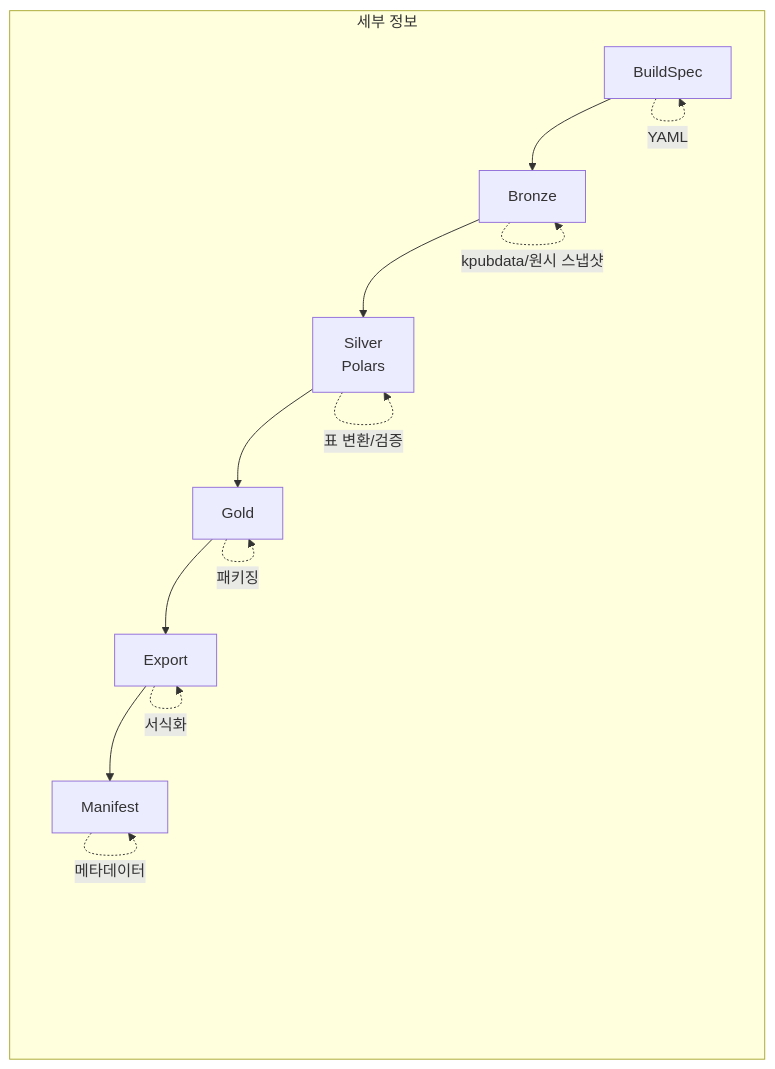
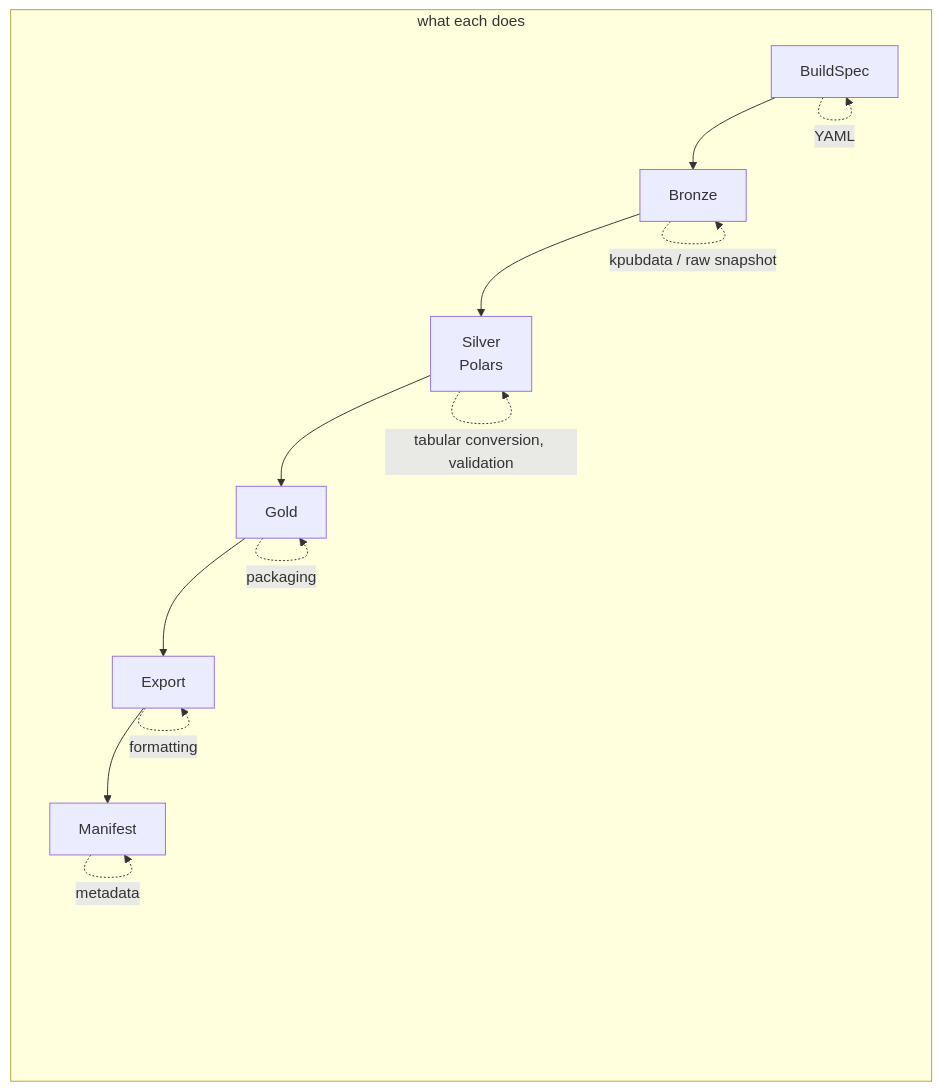
One commit to kpubdata-lab/kpubdata-builder changed the first of 3 diagrams in AGENTS.md. Above: the diagram before and after it, drawn with Mermaid. The commit also changed other lines of this file, not shown here.

````diff
--- a/AGENTS.md
+++ b/AGENTS.md
@@ -128,17 +148,17 @@
 ```mermaid
 graph LR
     BS[BuildSpec] --> B[Bronze]
     B --> S[Silver\nPolars]
     S --> G[Gold]
     G --> EX[Export]
     EX --> M[Manifest]
-    
-    subgraph "세부 정보"
+
+    subgraph "what each does"
         BS -.-> |YAML| BS
-        B -.-> |kpubdata/원시 스냅샷| B
-        S -.-> |표 변환/검증| S
-        G -.-> |패키징| G
-        EX -.-> |서식화| EX
-        M -.-> |메타데이터| M
+        B -.-> |kpubdata / raw snapshot| B
+        S -.-> |tabular conversion, validation| S
+        G -.-> |packaging| G
+        EX -.-> |formatting| EX
+        M -.-> |metadata| M
     end
 ```
````
